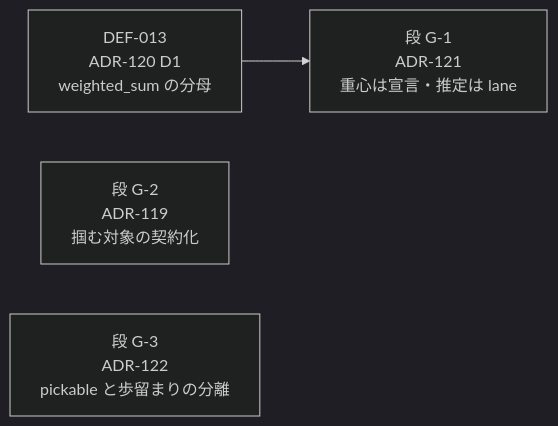
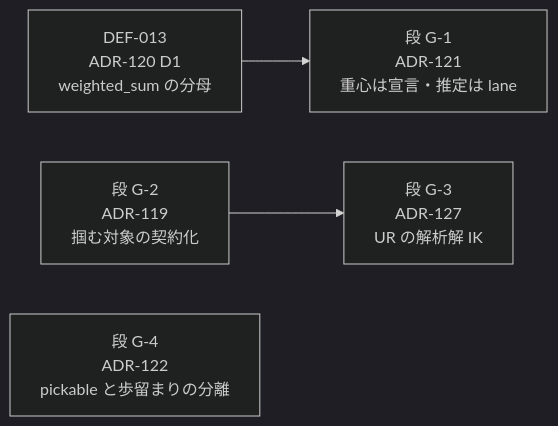
The diagram in docs/grasp/implementation-order.md (yuubae215/easy-extrude), drawn with Mermaid (dark theme) before and after one commit. The commit also changed other lines of this file and 11 other files, not shown here.

First line of the commit message:
feat(grasp): UR の解析解 IK を実ソルバとして注入する (ADR-127)

````diff
--- a/docs/grasp/implementation-order.md
+++ b/docs/grasp/implementation-order.md
@@ -27,7 +27,9 @@
 ```mermaid
 graph LR
   D13["DEF-013<br/>ADR-120 D1<br/>weighted_sum の分母"] --> S1
   S1["段 G-1<br/>ADR-121<br/>重心は宣言・推定は lane"]
   S2["段 G-2<br/>ADR-119<br/>掴む対象の契約化"]
-  S3["段 G-3<br/>ADR-122<br/>pickable と歩留まりの分離"]
+  S3["段 G-4<br/>ADR-122<br/>pickable と歩留まりの分離"]
+  S2 --> S4
+  S4["段 G-3<br/>ADR-127<br/>UR の解析解 IK"]
 ```
````
